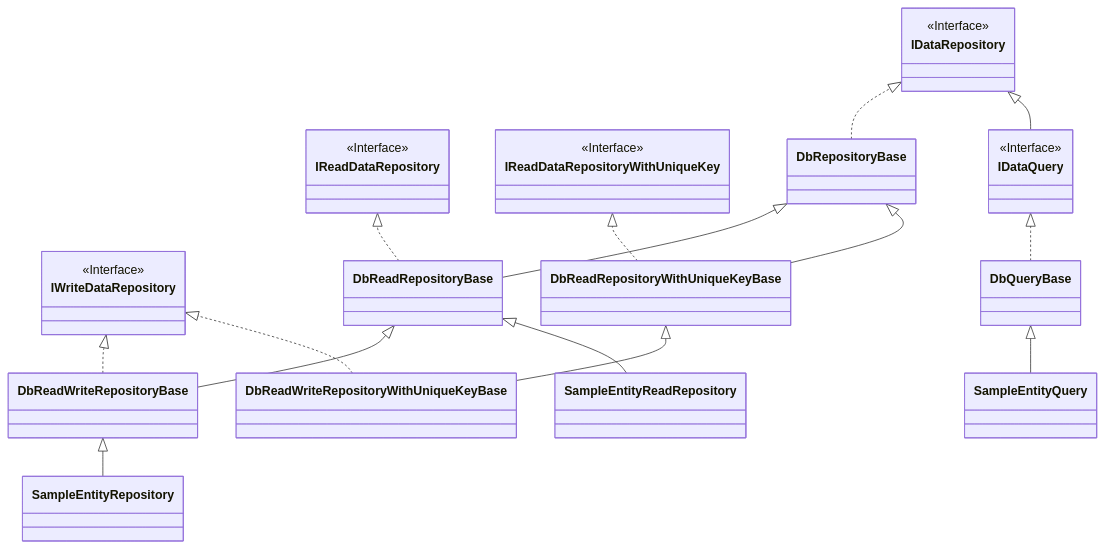
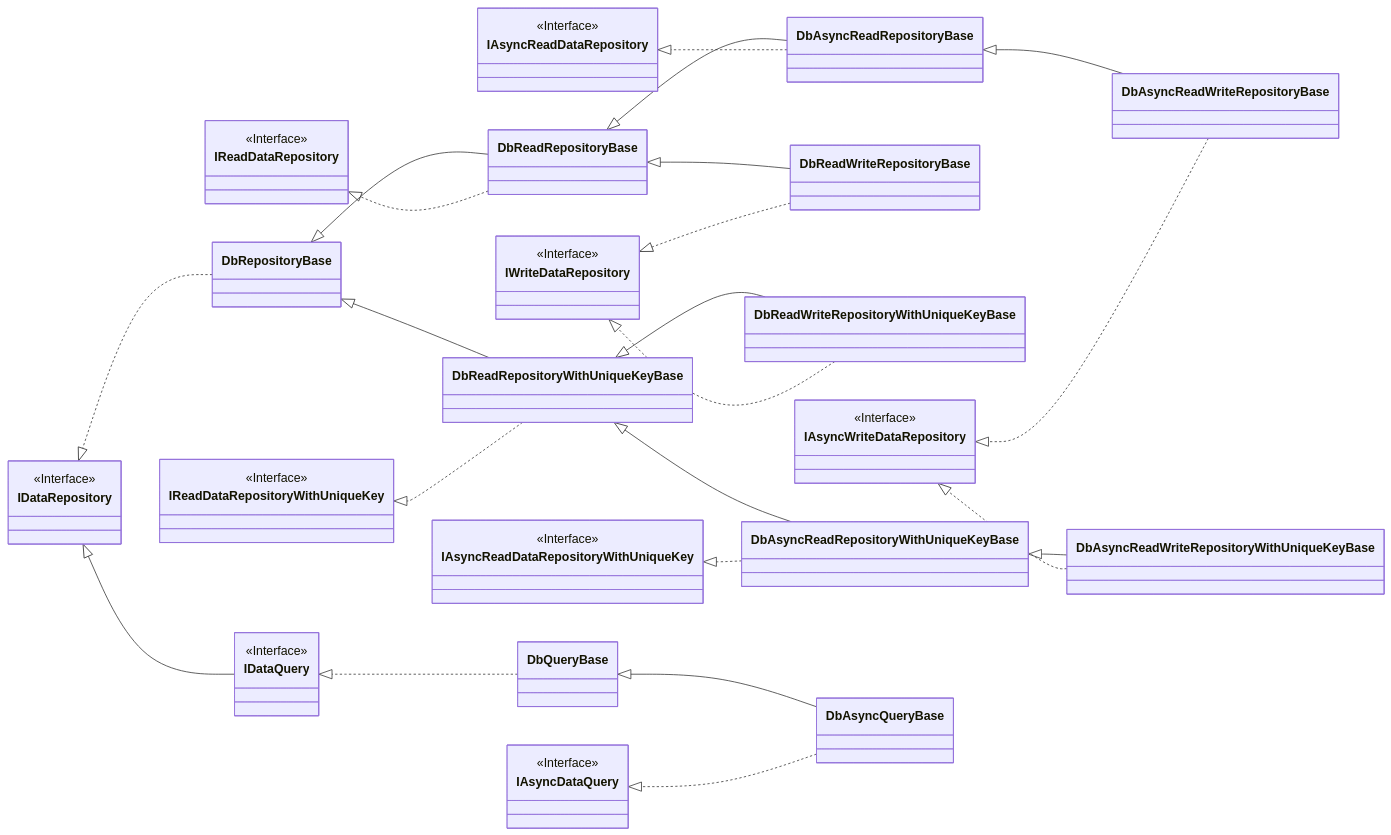
The first of 2 diagrams in document/DatabaseRepository.md (mxProject/DataRepository), drawn with Mermaid before and after one commit. The commit also changed other lines of this file, not shown here.

Commit message:
Add async repositories.

````diff
--- a/document/DatabaseRepository.md
+++ b/document/DatabaseRepository.md
@@ -938,30 +950,46 @@
 ```mermaid
 classDiagram
-    direction BT
+    direction RL
     class IDataRepository
     <<Interface>> IDataRepository
     class IReadDataRepository
     <<Interface>> IReadDataRepository
     class IReadDataRepositoryWithUniqueKey
     <<Interface>> IReadDataRepositoryWithUniqueKey
     class IWriteDataRepository
     <<Interface>> IWriteDataRepository
     class IDataQuery
     <<Interface>> IDataQuery
+
+    class IAsyncReadDataRepository
+    <<Interface>> IAsyncReadDataRepository
+    class IAsyncReadDataRepositoryWithUniqueKey
+    <<Interface>> IAsyncReadDataRepositoryWithUniqueKey
+    class IAsyncWriteDataRepository
+    <<Interface>> IAsyncWriteDataRepository
+    class IAsyncDataQuery
+    <<Interface>> IAsyncDataQuery
 
     DbRepositoryBase ..|> IDataRepository
     DbReadRepositoryBase --|> DbRepositoryBase
     DbReadRepositoryBase ..|> IReadDataRepository
     DbReadRepositoryWithUniqueKeyBase --|> DbRepositoryBase
     DbReadRepositoryWithUniqueKeyBase ..|> IReadDataRepositoryWithUniqueKey
     DbReadWriteRepositoryBase --|> DbReadRepositoryBase
     DbReadWriteRepositoryBase ..|> IWriteDataRepository
     DbReadWriteRepositoryWithUniqueKeyBase --|> DbReadRepositoryWithUniqueKeyBase
     DbReadWriteRepositoryWithUniqueKeyBase ..|> IWriteDataRepository
     IDataQuery --|> IDataRepository
     DbQueryBase ..|> IDataQuery
 
-    SampleEntityReadRepository --|> DbReadRepositoryBase
-    SampleEntityRepository  --|> DbReadWriteRepositoryBase
-    SampleEntityQuery  --|> DbQueryBase
+    DbAsyncReadRepositoryBase --|> DbReadRepositoryBase
+    DbAsyncReadRepositoryBase ..|> IAsyncReadDataRepository
+    DbAsyncReadRepositoryWithUniqueKeyBase --|> DbReadRepositoryWithUniqueKeyBase
+    DbAsyncReadRepositoryWithUniqueKeyBase ..|> IAsyncReadDataRepositoryWithUniqueKey
+    DbAsyncReadWriteRepositoryBase --|> DbAsyncReadRepositoryBase
+    DbAsyncReadWriteRepositoryBase ..|> IAsyncWriteDataRepository
+    DbAsyncReadWriteRepositoryWithUniqueKeyBase --|> DbAsyncReadRepositoryWithUniqueKeyBase
+    DbAsyncReadWriteRepositoryWithUniqueKeyBase ..|> IAsyncWriteDataRepository
+    DbAsyncQueryBase --|> DbQueryBase
+    DbAsyncQueryBase ..|> IAsyncDataQuery
 ```
````
